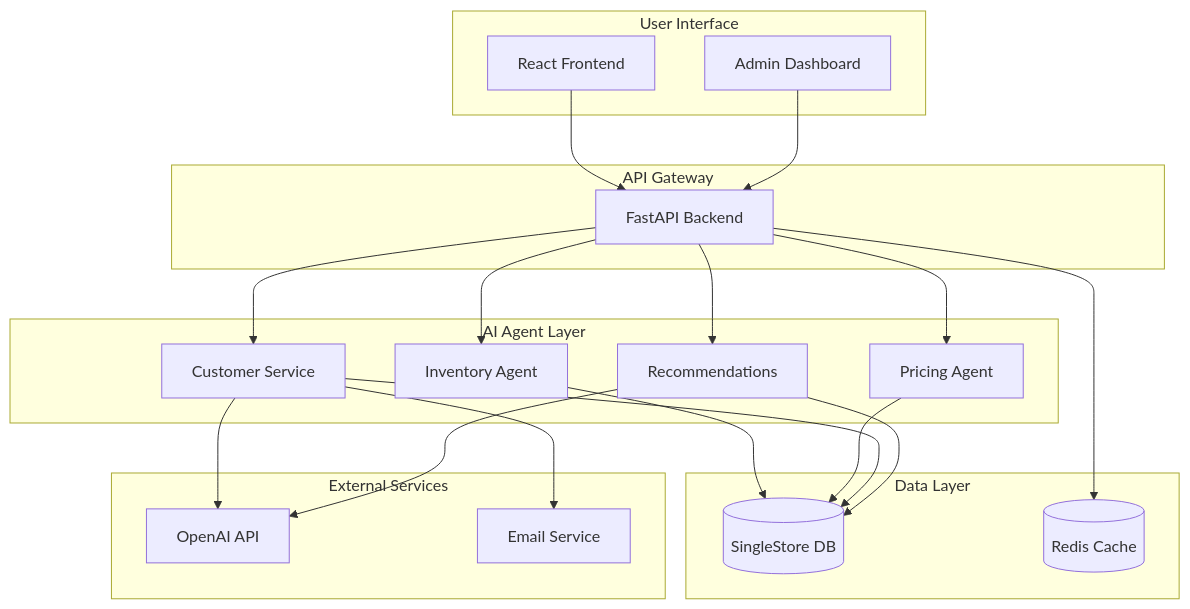
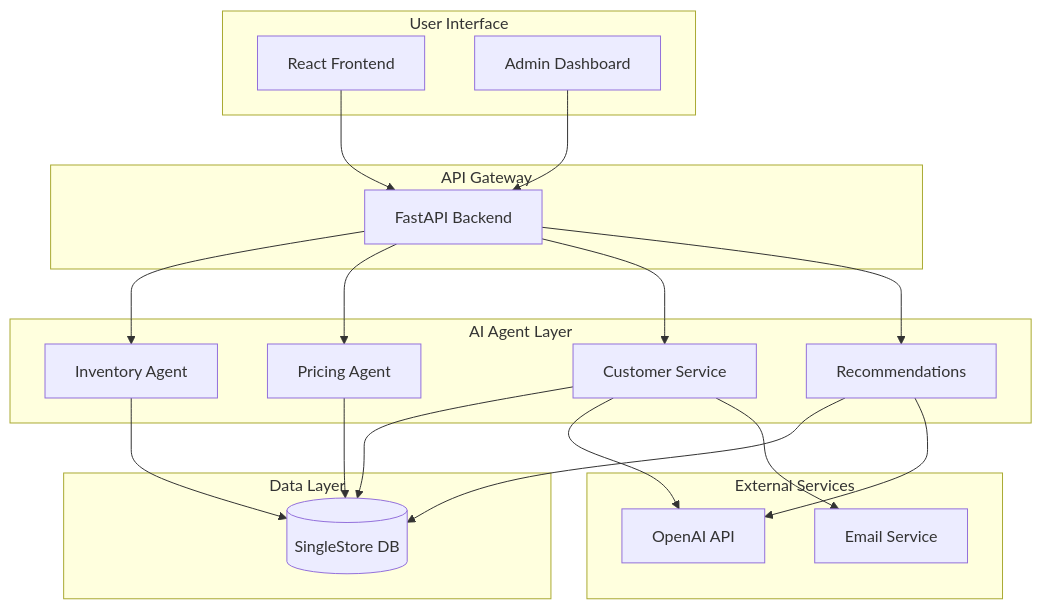
Before and after one commit to bscolinos/companyOS: the diagram in README.md, drawn with Mermaid. The commit also changed other lines of this file and 6 other files, not shown here.

````diff
--- a/README.md
+++ b/README.md
@@ -97,43 +96,41 @@
 ```mermaid
 graph TB
     subgraph "User Interface"
         Web[React Frontend]
         Admin[Admin Dashboard]
     end
     
     subgraph "API Gateway"
         FastAPI[FastAPI Backend]
     end
     
     subgraph "AI Agent Layer"
         IA[Inventory Agent]
         PA[Pricing Agent]
         CS[Customer Service]
         RA[Recommendations]
     end
     
     subgraph "Data Layer"
         SS[(SingleStore DB)]
-        Redis[(Redis Cache)]
     end
     
     subgraph "External Services"
         OpenAI[OpenAI API]
         Email[Email Service]
     end
     
     Web --> FastAPI
     Admin --> FastAPI
     FastAPI --> IA
     FastAPI --> PA
     FastAPI --> CS
     FastAPI --> RA
     IA --> SS
     PA --> SS
     CS --> SS
     RA --> SS
-    FastAPI --> Redis
     CS --> OpenAI
     RA --> OpenAI
     CS --> Email
 ```
````
